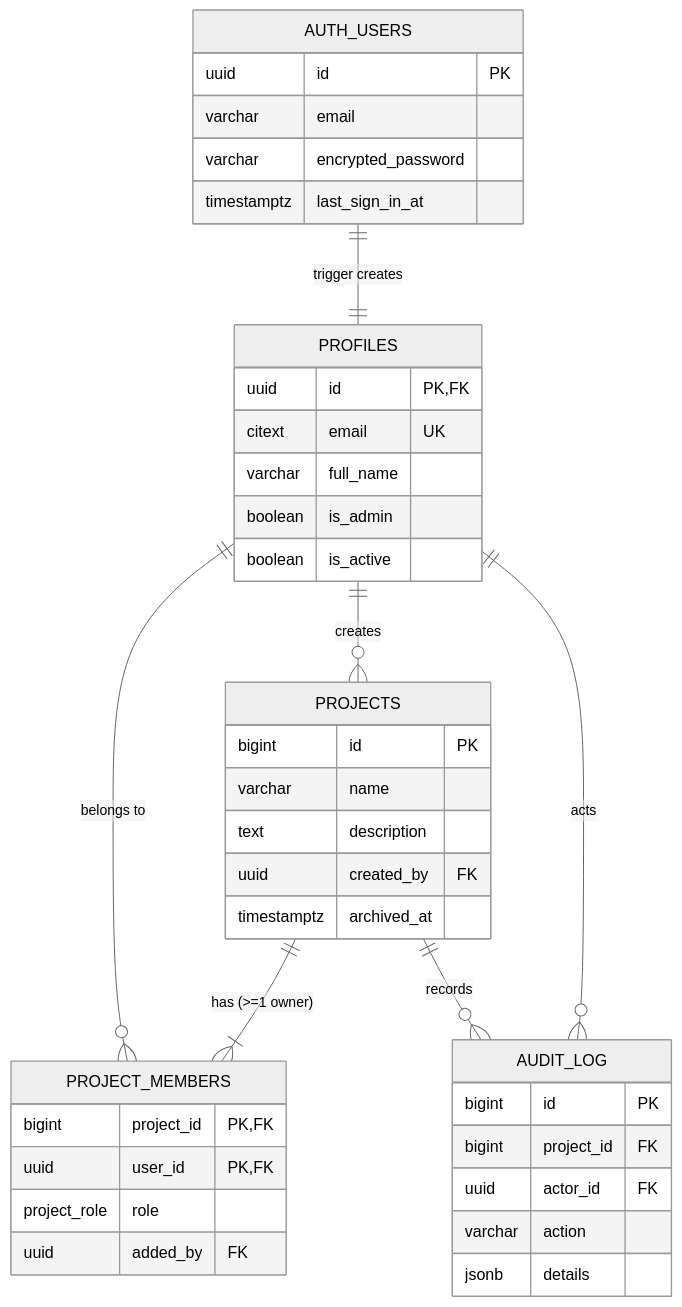
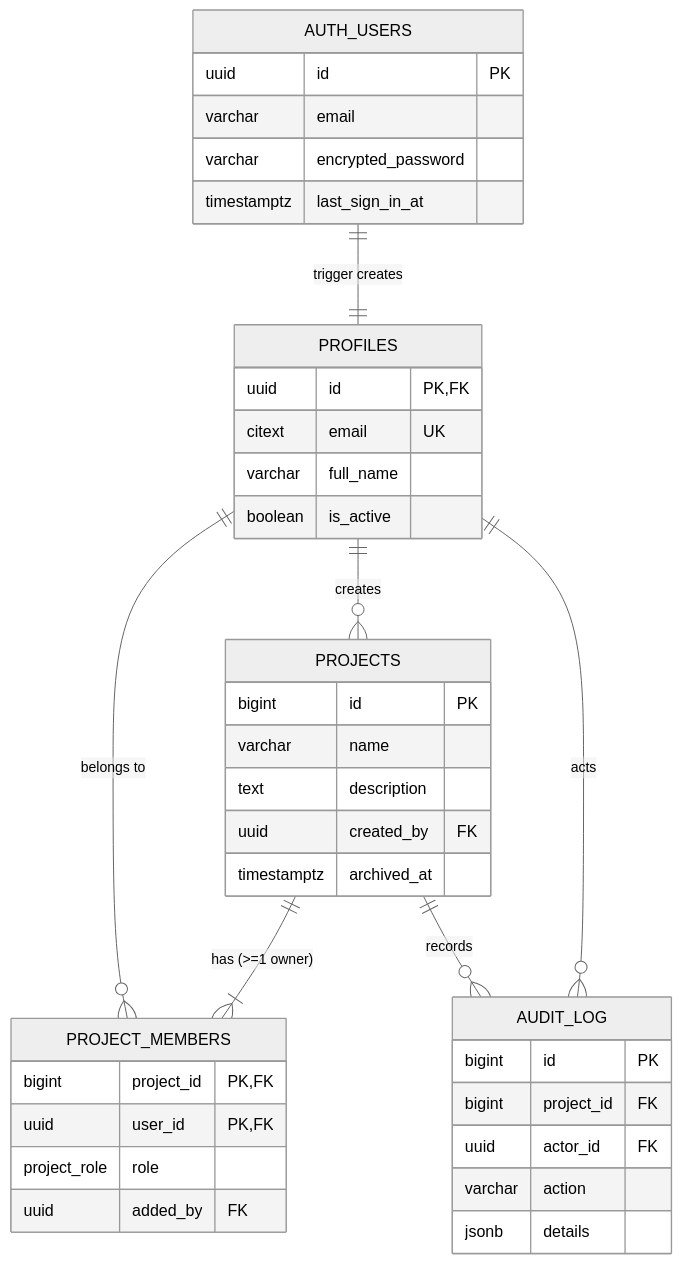
The first of 2 diagrams in docs/database/erd.md (AlexZ1007/mops-reviewradar), drawn with Mermaid (neutral theme) before and after one commit. The commit also changed other lines of this file and 17 other files, not shown here.

````diff
--- a/docs/database/erd.md
+++ b/docs/database/erd.md
@@ -7,43 +7,42 @@
 ```mermaid
 erDiagram
     AUTH_USERS ||--|| PROFILES : "trigger creates"
     PROFILES ||--o{ PROJECTS : "creates"
     PROFILES ||--o{ PROJECT_MEMBERS : "belongs to"
     PROJECTS ||--|{ PROJECT_MEMBERS : "has (>=1 owner)"
     PROJECTS ||--o{ AUDIT_LOG : "records"
     PROFILES ||--o{ AUDIT_LOG : "acts"
 
     AUTH_USERS {
         uuid id PK
         varchar email
         varchar encrypted_password
         timestamptz last_sign_in_at
     }
     PROFILES {
         uuid id PK,FK
         citext email UK
         varchar full_name
-        boolean is_admin
         boolean is_active
     }
     PROJECTS {
         bigint id PK
         varchar name
         text description
         uuid created_by FK
         timestamptz archived_at
     }
     PROJECT_MEMBERS {
         bigint project_id PK,FK
         uuid user_id PK,FK
         project_role role
         uuid added_by FK
     }
     AUDIT_LOG {
         bigint id PK
         bigint project_id FK
         uuid actor_id FK
         varchar action
         jsonb details
     }
 ```
````
